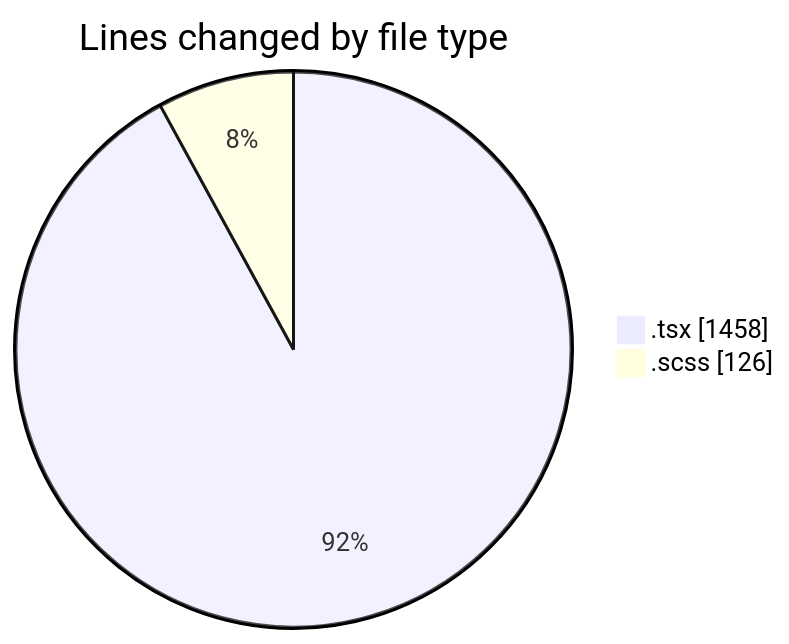
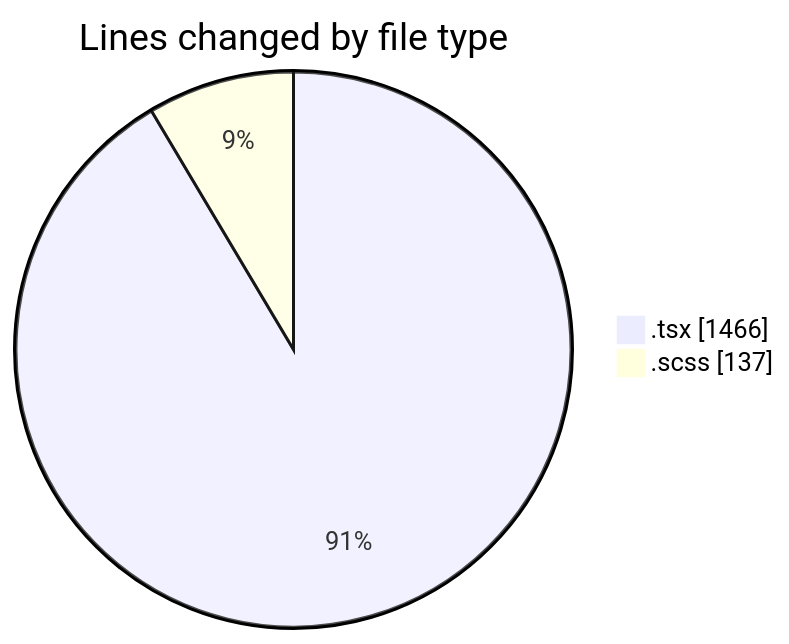
Before and after one commit to momahboobian/code-tracking: the first of 2 diagrams in 2025-04-07/cda/README.md, drawn with Mermaid. The commit also changed other lines of this file and 1 other file, not shown here.

````diff
--- a/2025-04-07/cda/README.md
+++ b/2025-04-07/cda/README.md
@@ -24,6 +24,6 @@
 ```mermaid
 pie showData
 title Lines changed by file type
-".tsx" : 1458
-".scss" : 126
+".tsx" : 1466
+".scss" : 137
 ```
````
